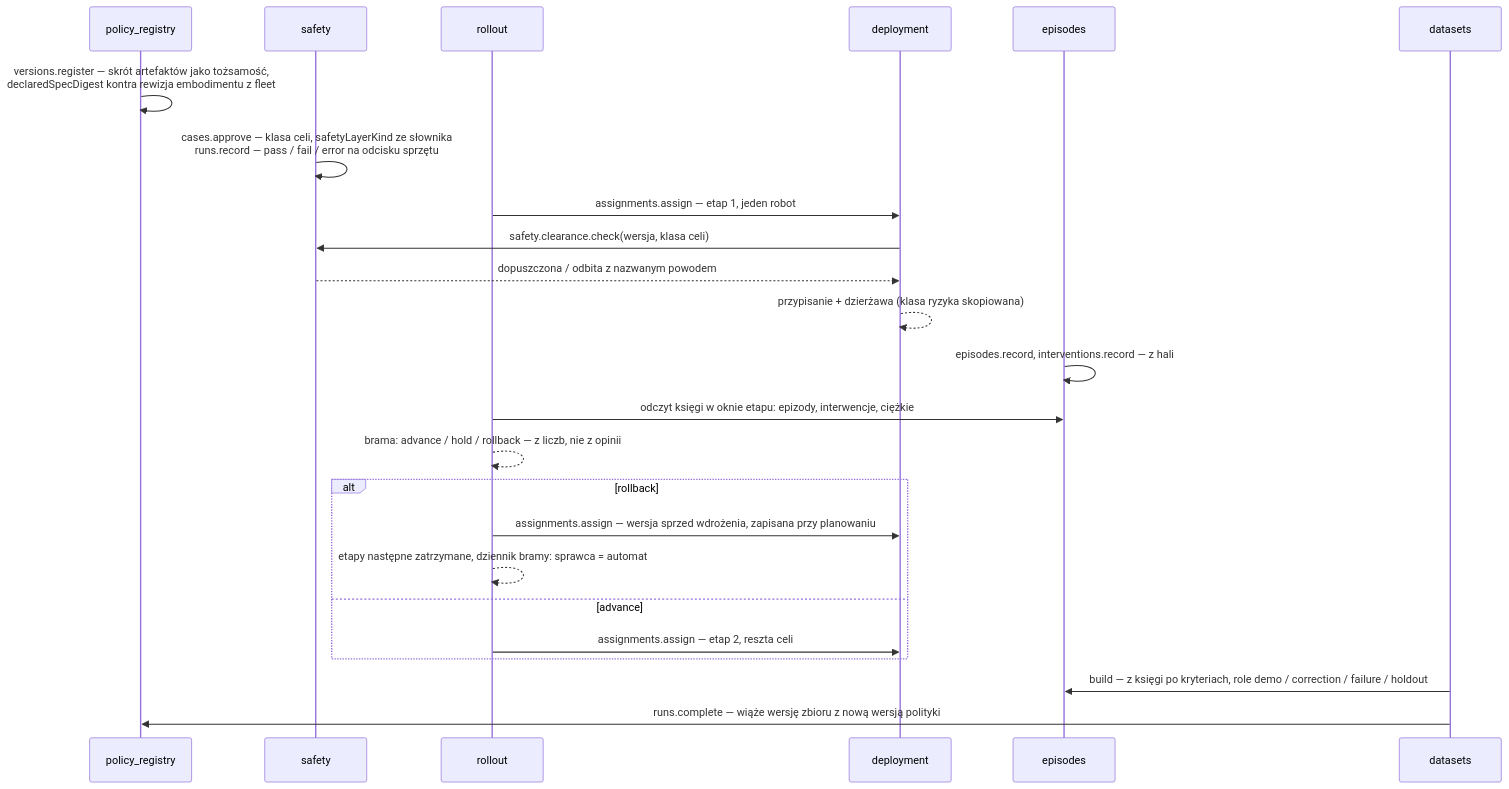
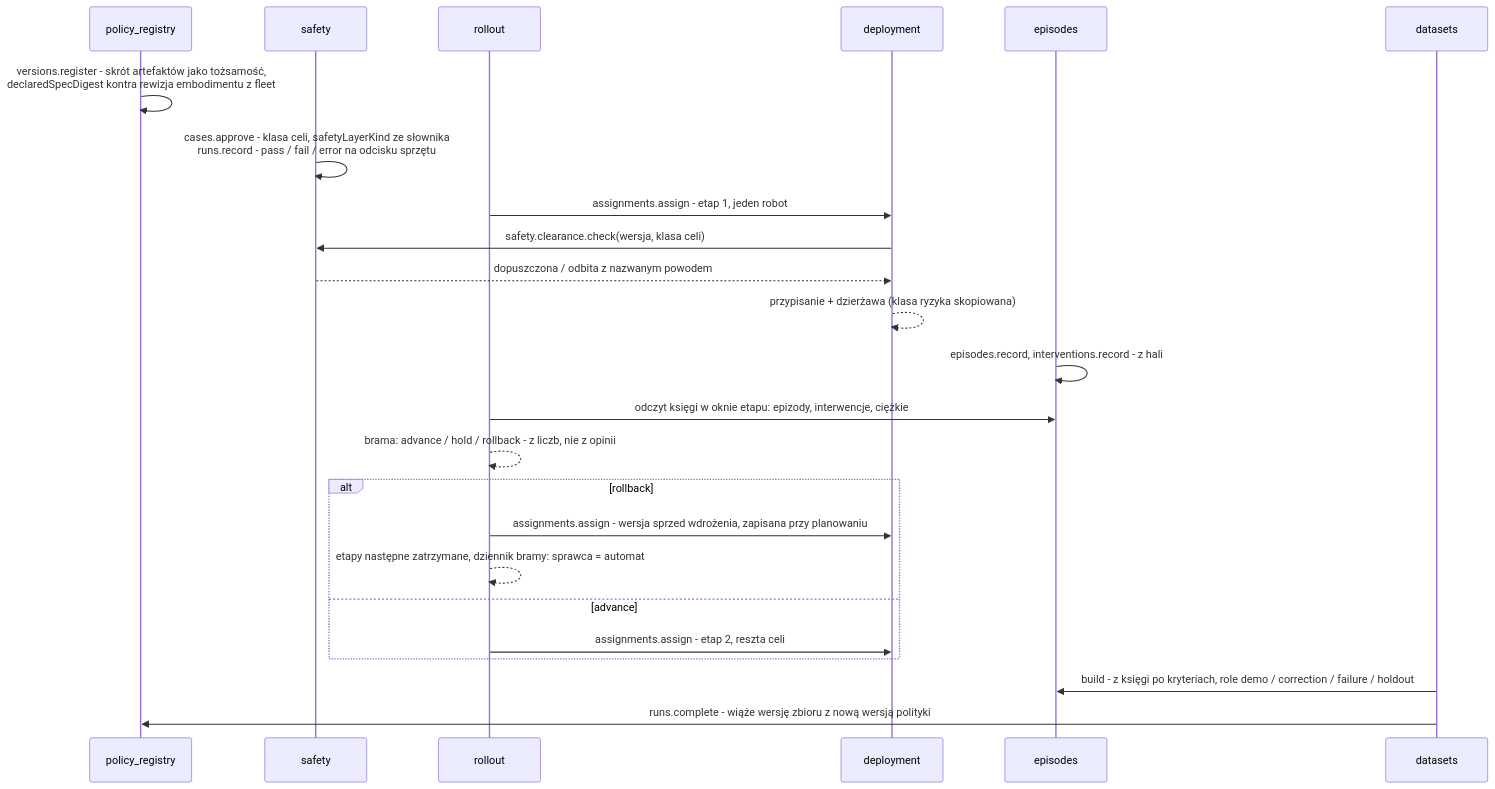
The fourth of 6 diagrams in README.md (machinekind/openmercato_garbagekind), drawn with Mermaid before and after one commit. The commit also changed other lines of this file and 295 other files, not shown here.

````diff
--- a/README.md
+++ b/README.md
@@ -774,27 +834,27 @@
 ```mermaid
 sequenceDiagram
     participant P as policy_registry
     participant S as safety
     participant R as rollout
     participant D as deployment
     participant E as episodes
     participant DS as datasets
 
-    P->>P: versions.register — skrót artefaktów jako tożsamość,<br/>declaredSpecDigest kontra rewizja embodimentu z fleet
-    S->>S: cases.approve — klasa celi, safetyLayerKind ze słownika<br/>runs.record — pass / fail / error na odcisku sprzętu
-    R->>D: assignments.assign — etap 1, jeden robot
+    P->>P: versions.register - skrót artefaktów jako tożsamość,<br/>declaredSpecDigest kontra rewizja embodimentu z fleet
+    S->>S: cases.approve - klasa celi, safetyLayerKind ze słownika<br/>runs.record - pass / fail / error na odcisku sprzętu
+    R->>D: assignments.assign - etap 1, jeden robot
     D->>S: safety.clearance.check(wersja, klasa celi)
     S-->>D: dopuszczona / odbita z nazwanym powodem
     D-->>D: przypisanie + dzierżawa (klasa ryzyka skopiowana)
-    E->>E: episodes.record, interventions.record — z hali
+    E->>E: episodes.record, interventions.record - z hali
     R->>E: odczyt księgi w oknie etapu: epizody, interwencje, ciężkie
-    R-->>R: brama: advance / hold / rollback — z liczb, nie z opinii
+    R-->>R: brama: advance / hold / rollback - z liczb, nie z opinii
     alt rollback
-        R->>D: assignments.assign — wersja sprzed wdrożenia, zapisana przy planowaniu
+        R->>D: assignments.assign - wersja sprzed wdrożenia, zapisana przy planowaniu
         R-->>R: etapy następne zatrzymane, dziennik bramy: sprawca = automat
     else advance
-        R->>D: assignments.assign — etap 2, reszta celi
+        R->>D: assignments.assign - etap 2, reszta celi
     end
-    DS->>E: build — z księgi po kryteriach, role demo / correction / failure / holdout
-    DS->>P: runs.complete — wiąże wersję zbioru z nową wersją polityki
+    DS->>E: build - z księgi po kryteriach, role demo / correction / failure / holdout
+    DS->>P: runs.complete - wiąże wersję zbioru z nową wersją polityki
 ```
````
